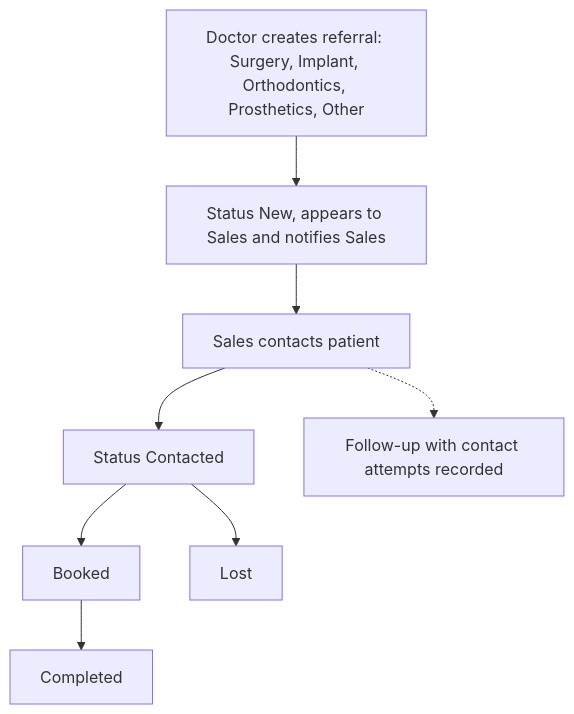
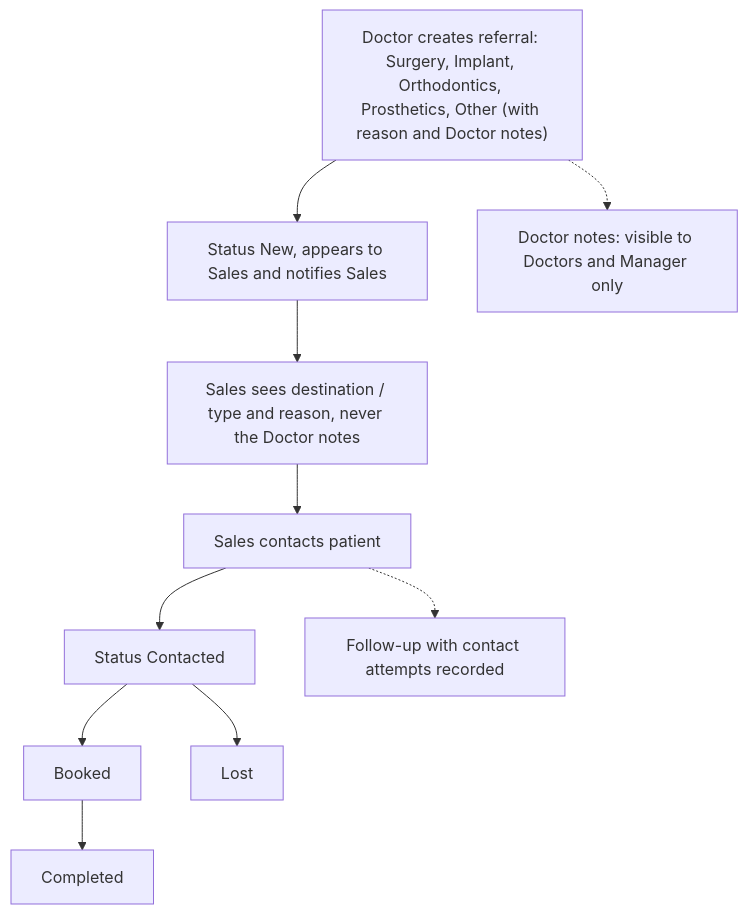
Diagram 12 of 26 in docs/DIAGRAMS.md (mostafaabdullah11/Dental-clinical-system), drawn with Mermaid before and after one commit. The commit also changed other lines of this file and 51 other files, not shown here.

````diff
--- a/docs/DIAGRAMS.md
+++ b/docs/DIAGRAMS.md
@@ -365,10 +414,12 @@
 ```mermaid
 flowchart TD
-    D["Doctor creates referral: Surgery, Implant, Orthodontics, Prosthetics, Other"] --> N["Status New, appears to Sales and notifies Sales"]
-    N --> C["Sales contacts patient"]
+    D["Doctor creates referral: Surgery, Implant, Orthodontics, Prosthetics, Other (with reason and Doctor notes)"] --> N["Status New, appears to Sales and notifies Sales"]
+    D -.-> DN["Doctor notes: visible to Doctors and Manager only"]
+    N --> SV["Sales sees destination / type and reason, never the Doctor notes"]
+    SV --> C["Sales contacts patient"]
     C --> CT["Status Contacted"]
     CT --> B["Booked"]
     CT --> LOST["Lost"]
     B --> CO["Completed"]
     C -.-> FU["Follow-up with contact attempts recorded"]
 ```
````
